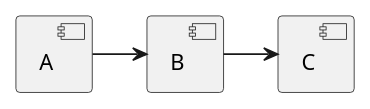
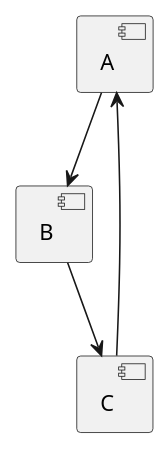
The diagram in 1_Usecase/usecase1.puml (schlumpfen/cheatsheets), drawn with PlantUML before and after one commit.

```diff
--- a/1_Usecase/usecase1.puml
+++ b/1_Usecase/usecase1.puml
@@ -1,4 +1,5 @@
 @startuml
 [A] -> [B]
 [B] -> [C]
+[C] ---> [A]
 @enduml
```
